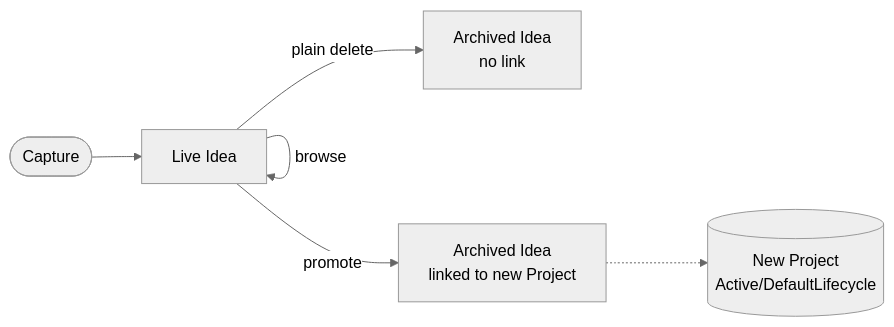
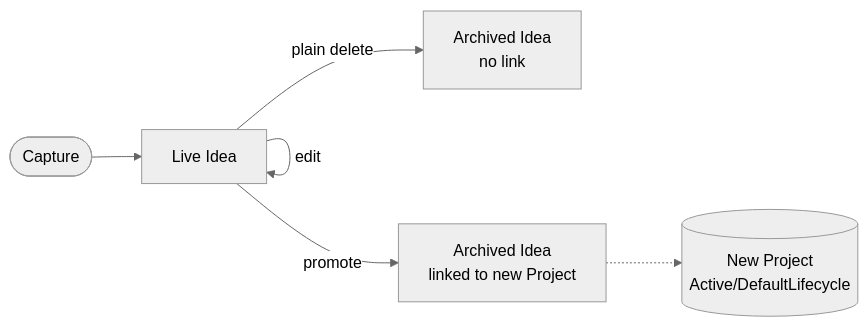
The first of 2 diagrams in docs/workflows/idea-promotion.md (spowers42/project_organizer), drawn with Mermaid (neutral theme) before and after one commit. The commit also changed other lines of this file and 9 other files, not shown here.

````diff
--- a/docs/workflows/idea-promotion.md
+++ b/docs/workflows/idea-promotion.md
@@ -11,8 +11,9 @@
 ```mermaid
 flowchart LR
     capture([Capture]) --> live[Live Idea]
     live -- browse --> live
+    live -- edit --> live
     live -- plain delete --> archived[Archived Idea\nno link]
     live -- promote --> promoted[Archived Idea\nlinked to new Project]
     promoted -.-> project[(New Project\nActive/DefaultLifecycle)]
 ```
````
